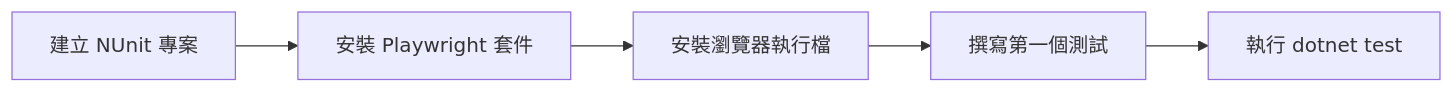
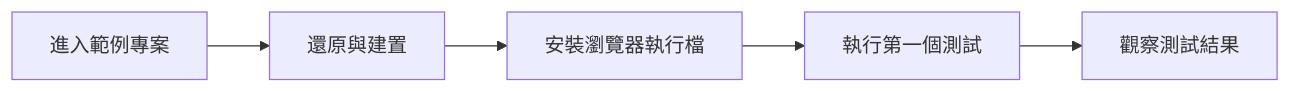
The first of 2 diagrams in docs/01-first-csharp-playwright-test.md (Ting-s515/Playwright-training), drawn with Mermaid before and after one commit. The commit also changed other lines of this file and 21 other files, not shown here.

````diff
--- a/docs/01-first-csharp-playwright-test.md
+++ b/docs/01-first-csharp-playwright-test.md
@@ -8,7 +8,7 @@
 ```mermaid
 flowchart LR
-    A[建立 NUnit 專案] --> B[安裝 Playwright 套件]
+    A[進入範例專案] --> B[還原與建置]
     B --> C[安裝瀏覽器執行檔]
-    C --> D[撰寫第一個測試]
-    D --> E[執行 dotnet test]
+    C --> D[執行第一個測試]
+    D --> E[觀察測試結果]
 ```
````
